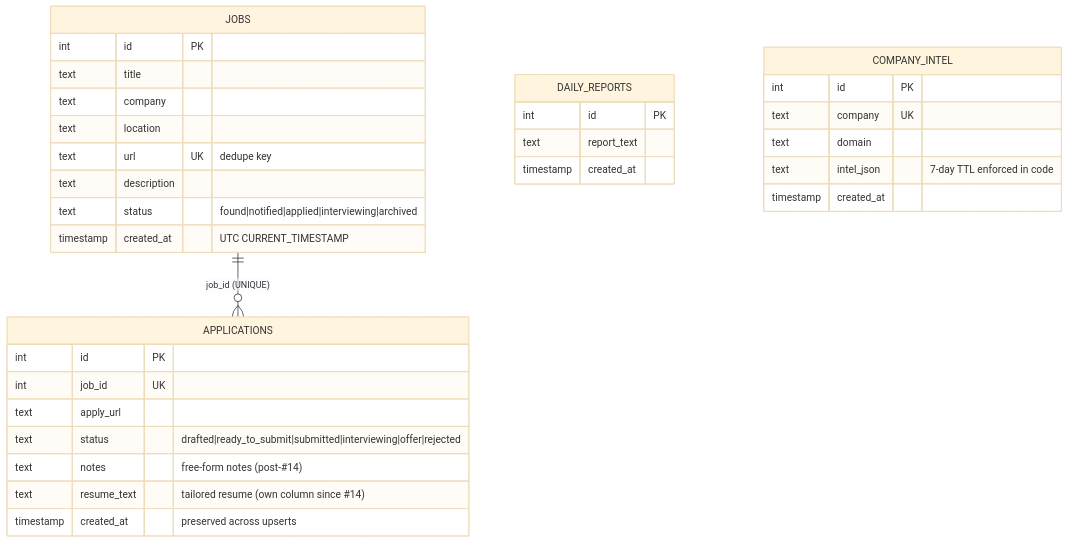
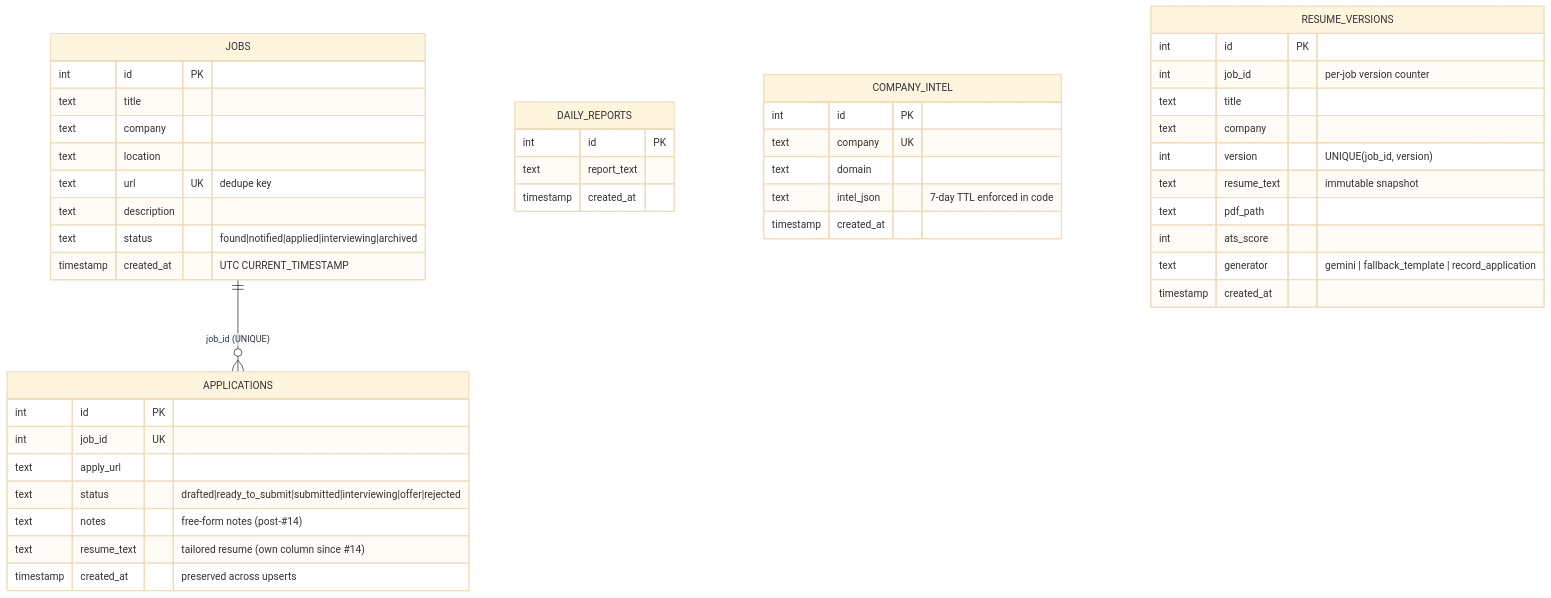
Before and after one commit to Jaganravi131/Resume-agent: the seventh of 7 diagrams in SYSTEM_DESIGN.md, drawn with Mermaid (base theme). The commit also changed other lines of this file and 6 other files, not shown here.

````diff
--- a/SYSTEM_DESIGN.md
+++ b/SYSTEM_DESIGN.md
@@ -263,35 +263,47 @@
 ```mermaid
 erDiagram
     JOBS ||--o{ APPLICATIONS : "job_id (UNIQUE)"
     JOBS {
         int id PK
         text title
         text company
         text location
         text url UK "dedupe key"
         text description
         text status "found|notified|applied|interviewing|archived"
         timestamp created_at "UTC CURRENT_TIMESTAMP"
     }
     APPLICATIONS {
         int id PK
         int job_id UK
         text apply_url
         text status "drafted|ready_to_submit|submitted|interviewing|offer|rejected"
         text notes "free-form notes (post-#14)"
         text resume_text "tailored resume (own column since #14)"
         timestamp created_at "preserved across upserts"
     }
     DAILY_REPORTS {
         int id PK
         text report_text
         timestamp created_at
     }
     COMPANY_INTEL {
         int id PK
         text company UK
         text domain
         text intel_json "7-day TTL enforced in code"
         timestamp created_at
     }
+    RESUME_VERSIONS {
+        int id PK
+        int job_id "per-job version counter"
+        text title
+        text company
+        int version "UNIQUE(job_id, version)"
+        text resume_text "immutable snapshot"
+        text pdf_path
+        int ats_score
+        text generator "gemini | fallback_template | record_application"
+        timestamp created_at
+    }
 ```
````
